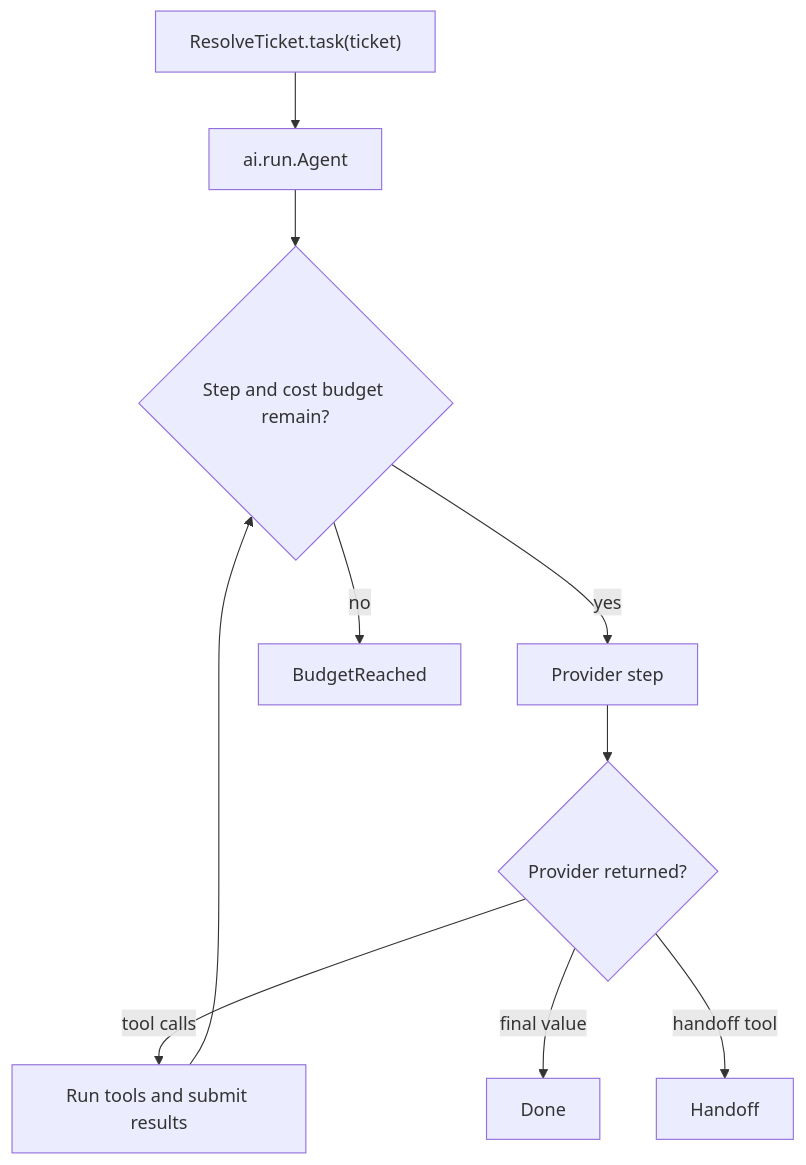
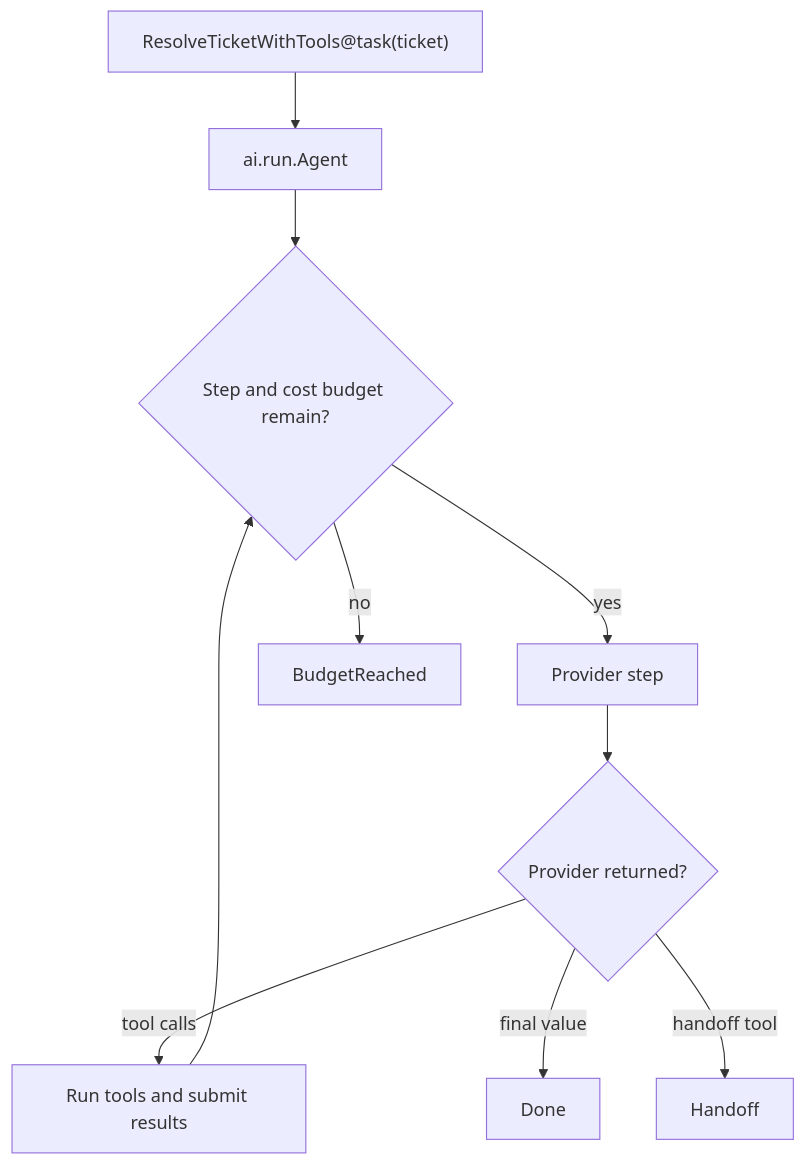
Before and after one commit to BoundaryML/baml: the second of 2 diagrams in baml_language/_plan/bepv4/README.md, drawn with Mermaid. The commit also changed other lines of this file and 229 other files, not shown here.

````diff
--- a/baml_language/_plan/bepv4/README.md
+++ b/baml_language/_plan/bepv4/README.md
@@ -99,12 +125,12 @@
 ```mermaid
 flowchart TD
-  task["ResolveTicket.task(ticket)"] --> runner["ai.run.Agent"]
+  task["ResolveTicketWithTools@task(ticket)"] --> runner["ai.run.Agent"]
   runner --> budget{"Step and cost budget remain?"}
   budget -->|yes| model["Provider step"]
   model --> result{"Provider returned?"}
   result -->|tool calls| tools["Run tools and submit results"]
   tools --> budget
   result -->|final value| done["Done<Resolution>"]
   result -->|handoff tool| handoff["Handoff"]
   budget -->|no| stopped["BudgetReached"]
 ```
````
